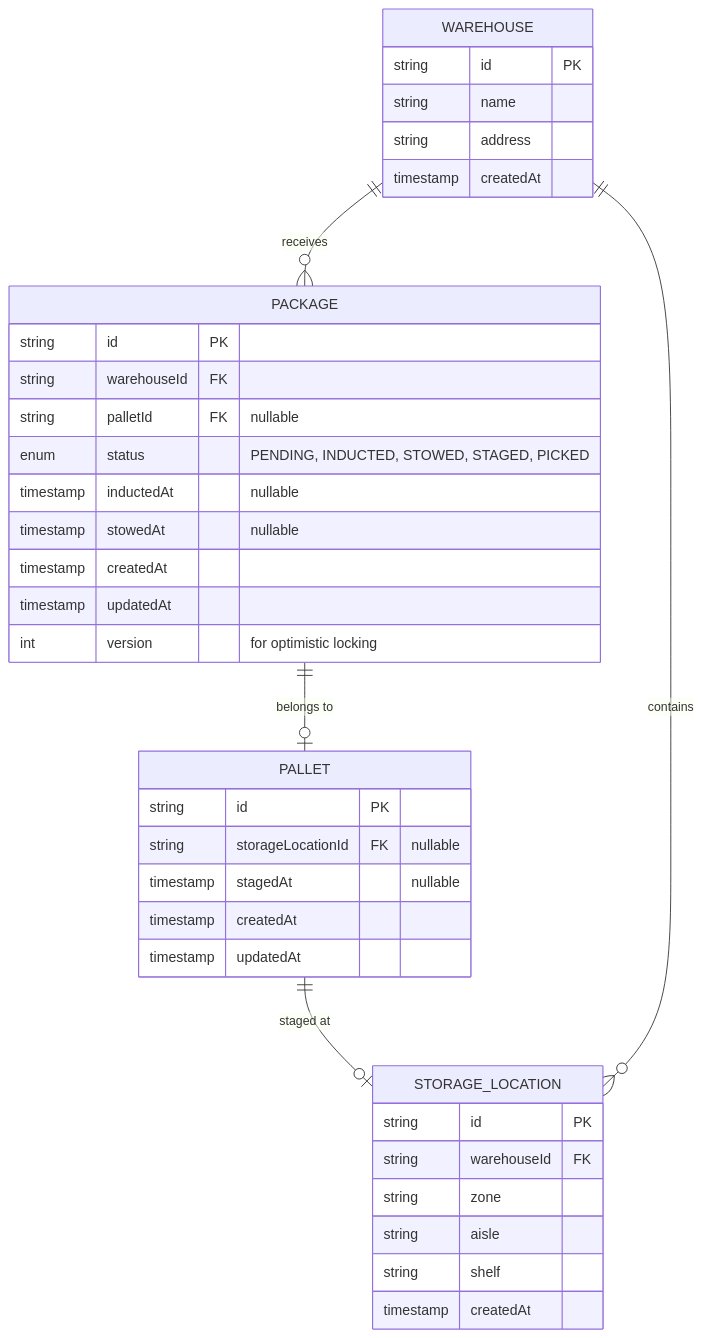
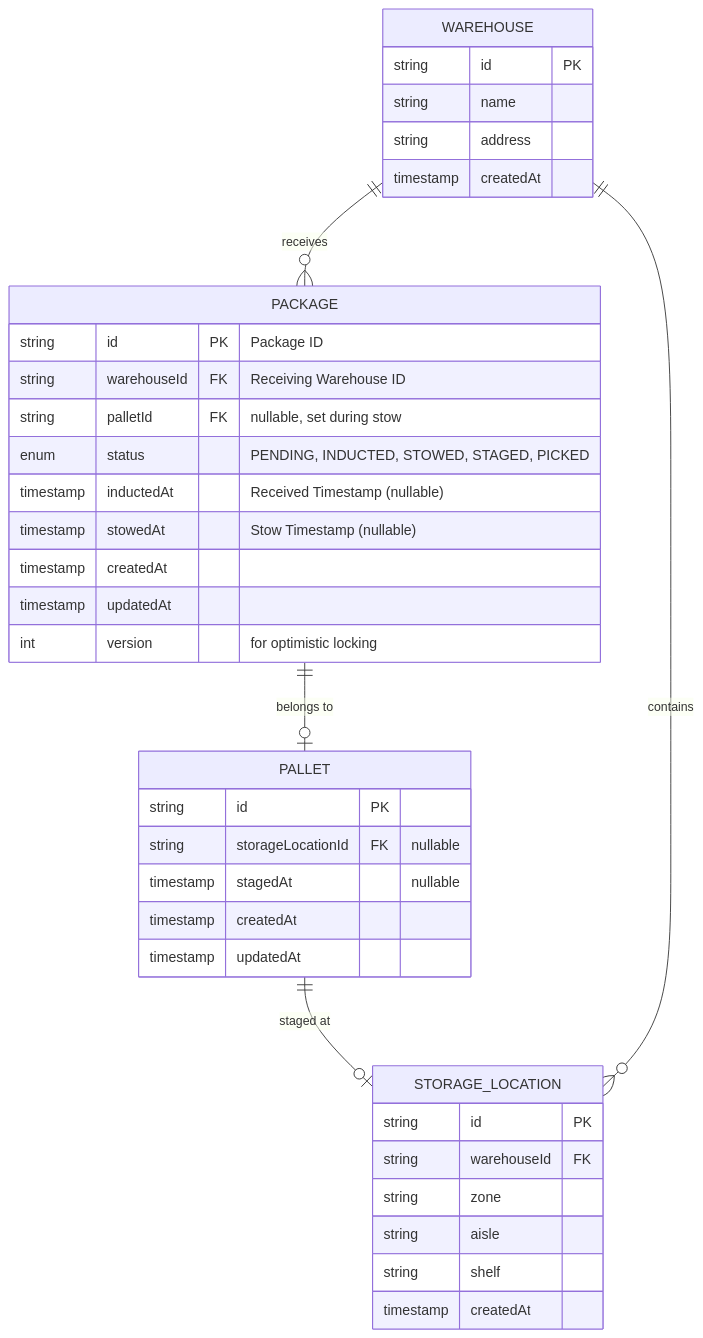
The second of 3 diagrams in docs/DESIGN.md (thomasmarkiewicz/wms), drawn with Mermaid before and after one commit. The commit also changed other lines of this file, not shown here.

````diff
--- a/docs/DESIGN.md
+++ b/docs/DESIGN.md
@@ -212,43 +242,43 @@
 ```mermaid
 erDiagram
     WAREHOUSE ||--o{ PACKAGE : receives
     PACKAGE ||--o| PALLET : "belongs to"
     PALLET ||--o| STORAGE_LOCATION : "staged at"
     WAREHOUSE ||--o{ STORAGE_LOCATION : contains
 
     WAREHOUSE {
         string id PK
         string name
         string address
         timestamp createdAt
     }
 
     PACKAGE {
-        string id PK
-        string warehouseId FK
-        string palletId FK "nullable"
+        string id PK "Package ID"
+        string warehouseId FK "Receiving Warehouse ID"
+        string palletId FK "nullable, set during stow"
         enum status "PENDING, INDUCTED, STOWED, STAGED, PICKED"
-        timestamp inductedAt "nullable"
-        timestamp stowedAt "nullable"
+        timestamp inductedAt "Received Timestamp (nullable)"
+        timestamp stowedAt "Stow Timestamp (nullable)"
         timestamp createdAt
         timestamp updatedAt
         int version "for optimistic locking"
     }
 
     PALLET {
         string id PK
         string storageLocationId FK "nullable"
         timestamp stagedAt "nullable"
         timestamp createdAt
         timestamp updatedAt
     }
 
     STORAGE_LOCATION {
         string id PK
         string warehouseId FK
         string zone
         string aisle
         string shelf
         timestamp createdAt
     }
 ```
````
